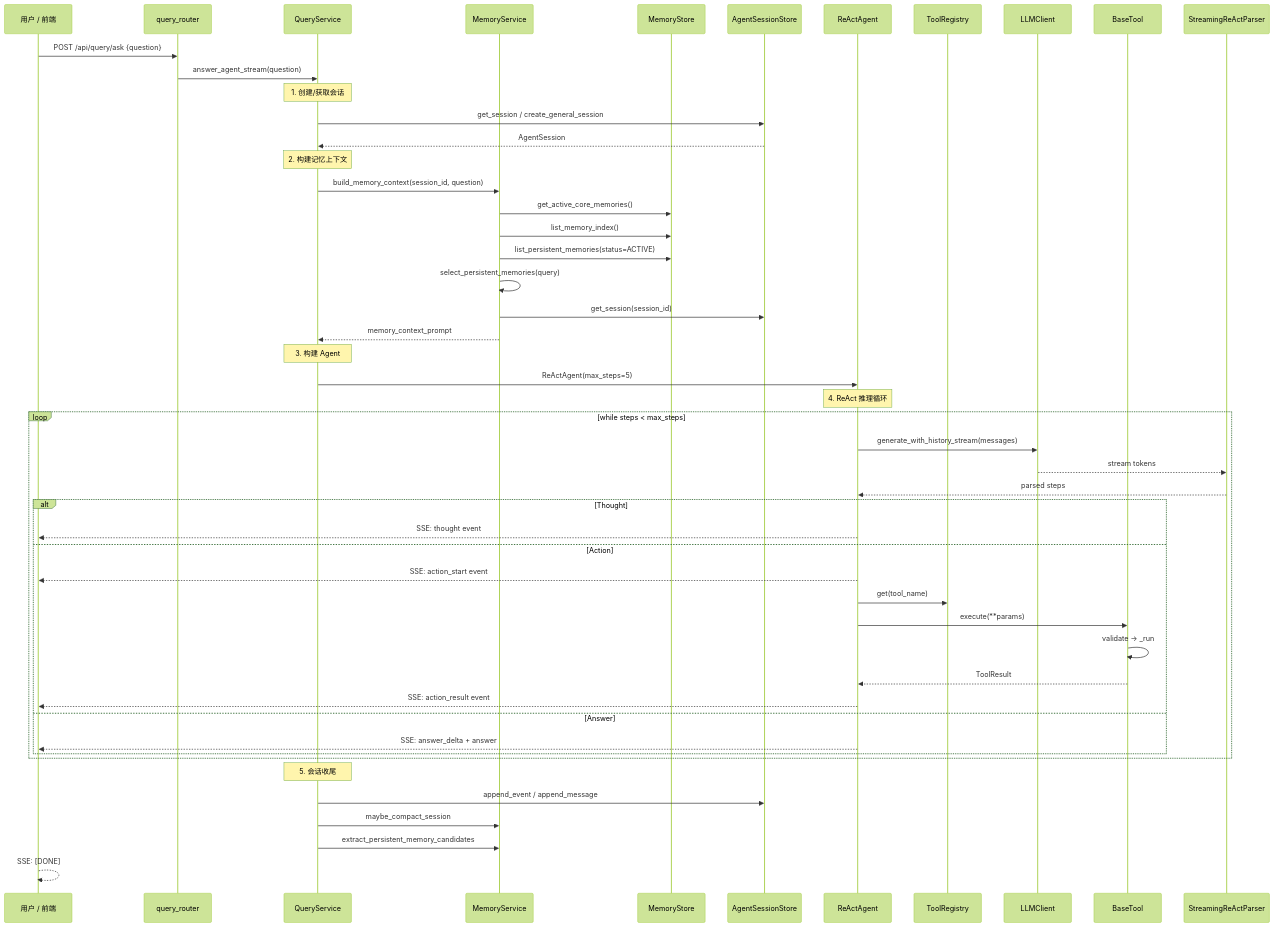
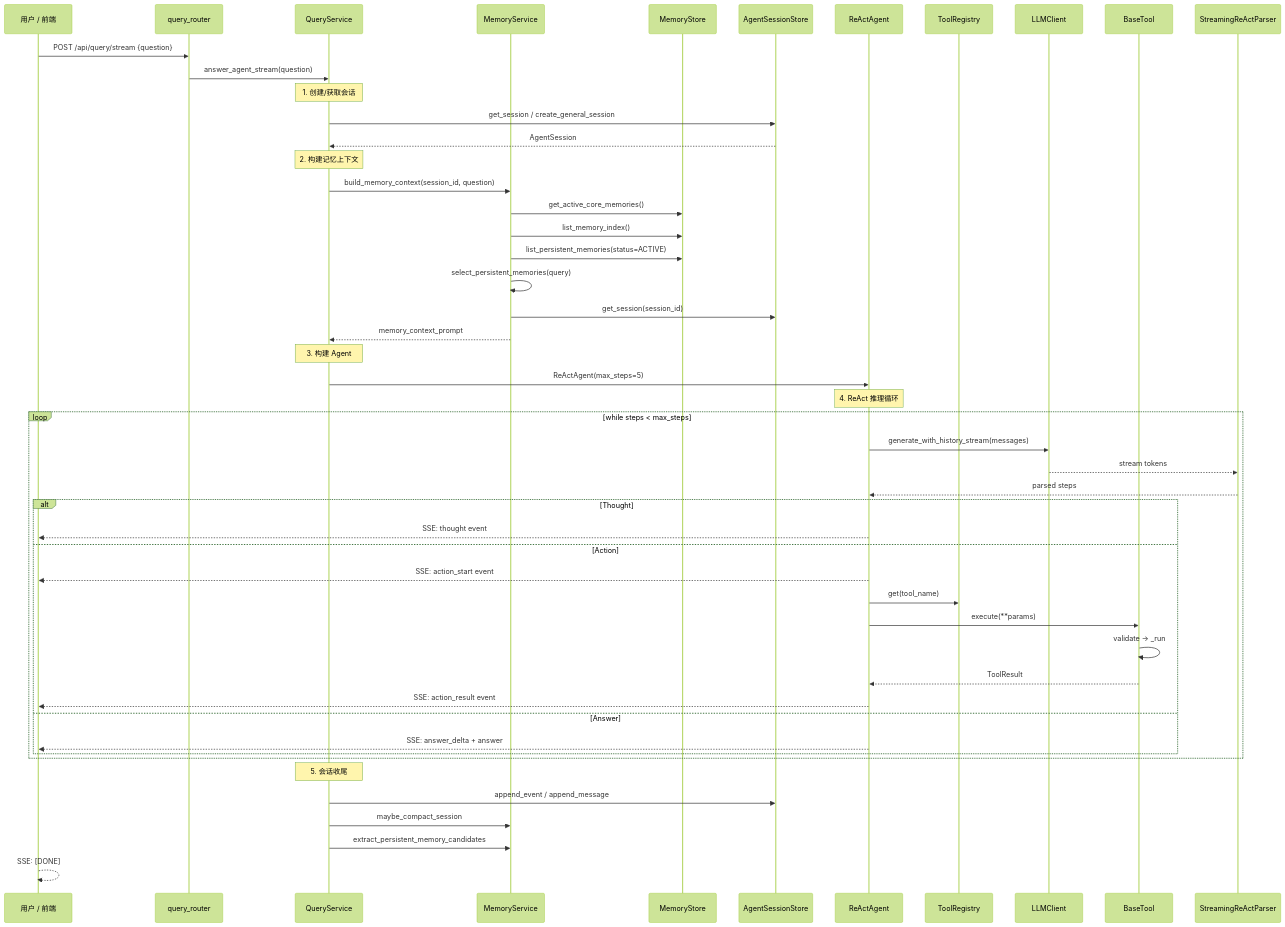
Before and after one commit to EtherealStar/InsightForge: the diagram in docs/flows/query-flow.md, drawn with Mermaid (forest theme). The commit also changed other lines of this file and 243 other files, not shown here.

````diff
--- a/docs/flows/query-flow.md
+++ b/docs/flows/query-flow.md
@@ -20,60 +24,60 @@
 ```mermaid
 sequenceDiagram
     participant User as 用户 / 前端
     participant QR as query_router
     participant QS as QueryService
     participant MS as MemoryService
     participant MS2 as MemoryStore
     participant ASS as AgentSessionStore
     participant RA as ReActAgent
     participant TR as ToolRegistry
     participant LLM as LLMClient
     participant Tool as BaseTool
     participant Parser as StreamingReActParser
 
-    User->>QR: POST /api/query/ask {question}
+    User->>QR: POST /api/query/stream {question}
     QR->>QS: answer_agent_stream(question)
     
     Note over QS: 1. 创建/获取会话
     QS->>ASS: get_session / create_general_session
     ASS-->>QS: AgentSession
     
     Note over QS: 2. 构建记忆上下文
     QS->>MS: build_memory_context(session_id, question)
     MS->>MS2: get_active_core_memories()
     MS->>MS2: list_memory_index()
     MS->>MS2: list_persistent_memories(status=ACTIVE)
     MS->>MS: select_persistent_memories(query)
     MS->>ASS: get_session(session_id)
     MS-->>QS: memory_context_prompt
     
     Note over QS: 3. 构建 Agent
     QS->>RA: ReActAgent(max_steps=5)
     
     Note over RA: 4. ReAct 推理循环
     loop while steps < max_steps
         RA->>LLM: generate_with_history_stream(messages)
         LLM-->>Parser: stream tokens
         Parser-->>RA: parsed steps
         
         alt Thought
             RA-->>User: SSE: thought event
         else Action
             RA-->>User: SSE: action_start event
             RA->>TR: get(tool_name)
             RA->>Tool: execute(**params)
             Tool->>Tool: validate -> _run
             Tool-->>RA: ToolResult
             RA-->>User: SSE: action_result event
         else Answer
             RA-->>User: SSE: answer_delta + answer
         end
     end
     
     Note over QS: 5. 会话收尾
     QS->>ASS: append_event / append_message
     QS->>MS: maybe_compact_session
     QS->>MS: extract_persistent_memory_candidates
     
     User-->>User: SSE: [DONE]
 ```
````
